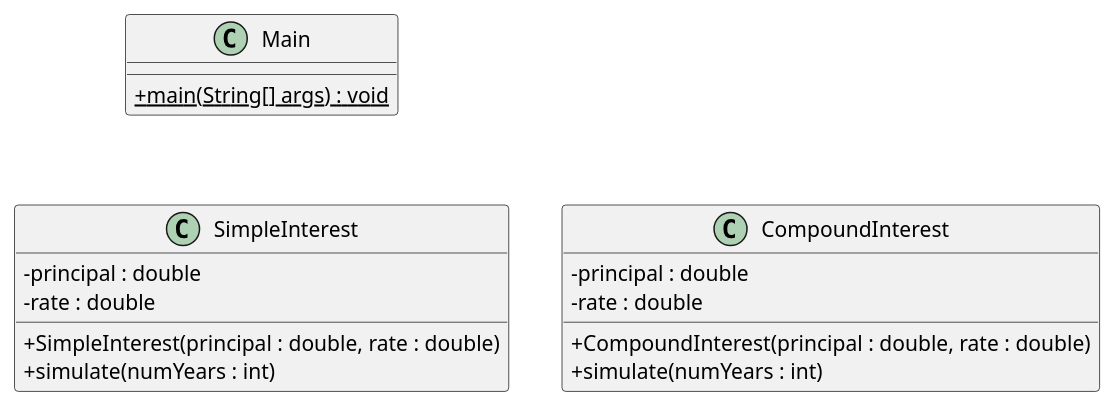
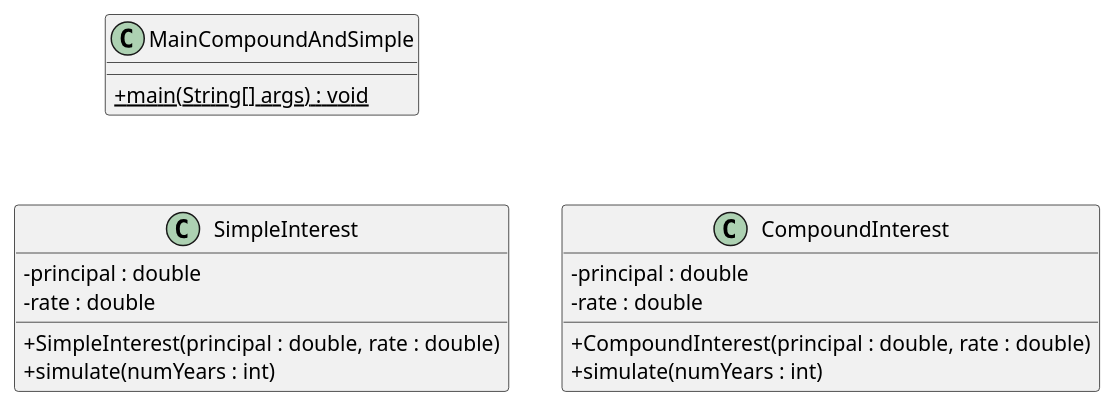
The diagram in src/compound_and_simple1.puml (nilcamprubi/example_interest), drawn with PlantUML before and after one commit. The commit also changed 7 other files, not shown here.

Commit message:
diagrames uml + habilitar assercions

```diff
--- a/src/compound_and_simple1.puml
+++ b/src/compound_and_simple1.puml
@@ -1,26 +1,26 @@
 @startuml
 skinparam classAttributeIconSize 0
 ' to use standard notation for public, protected, private
 
-class Main {
+class MainCompoundAndSimple {
 + {static} main(String[] args) : void
 }
 
 class CompoundInterest {
 - principal : double
 - rate : double
 + CompoundInterest(principal : double, rate : double)
 + simulate(numYears : int)
 }
 
 class SimpleInterest {
 - principal : double
 - rate : double
 + SimpleInterest(principal : double, rate : double)
 + simulate(numYears : int)
 }
 
 ' position classes
-Main -[hidden]down-> SimpleInterest
+MainCompoundAndSimple -[hidden]down-> SimpleInterest
 SimpleInterest -[hidden]right-> CompoundInterest
 @enduml
```
